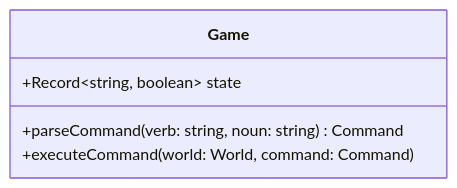
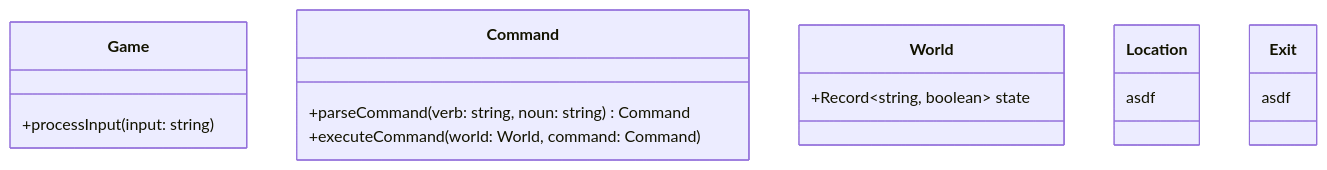
Before and after one commit to flipactual/text-adventure-experiment: the diagram in README.md, drawn with Mermaid.

````diff
--- a/README.md
+++ b/README.md
@@ -3,8 +3,19 @@
 ```mermaid
 classDiagram
 class Game {
-  +Record~string, boolean~ state
+  +processInput(input: string)
+}
+class Command {
   +parseCommand(verb: string, noun: string) Command
   +executeCommand(world: World, command: Command)
 }
+class World {
+  +Record~string, boolean~ state
+}
+class Location {
+  asdf
+}
+class Exit {
+  asdf
+}
 ```
````
